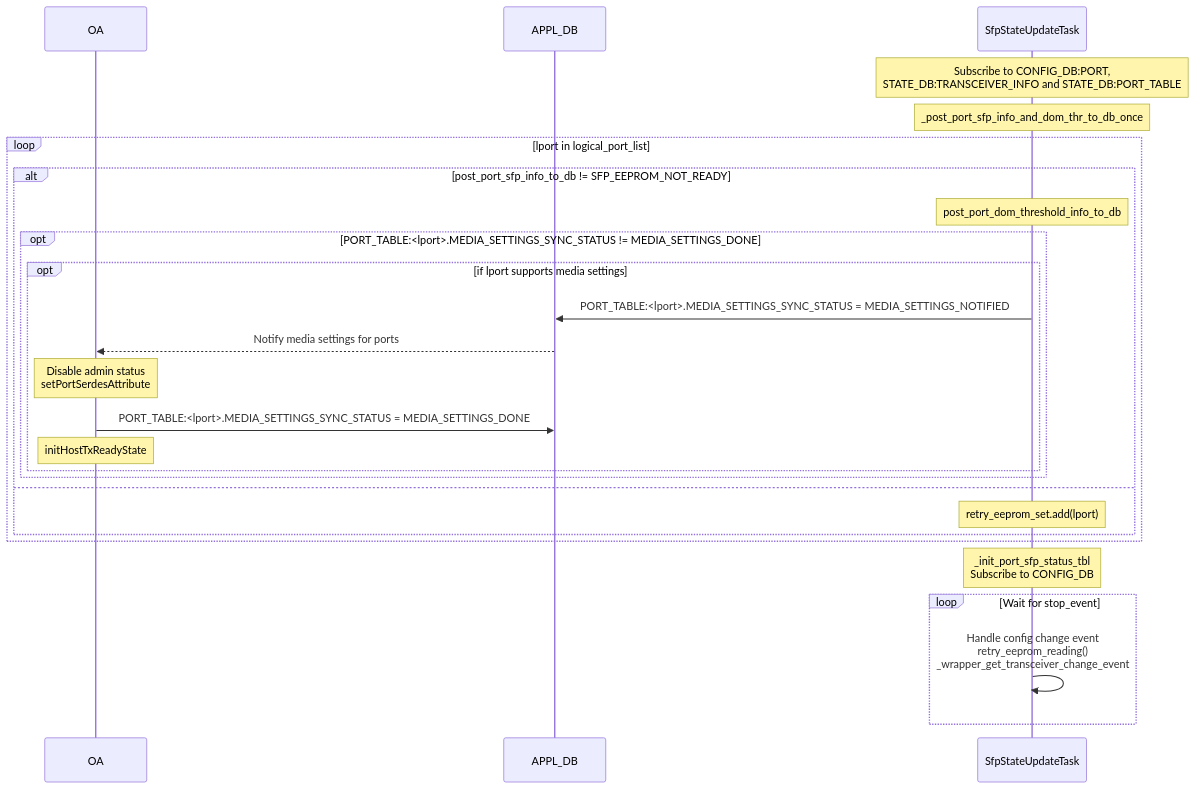
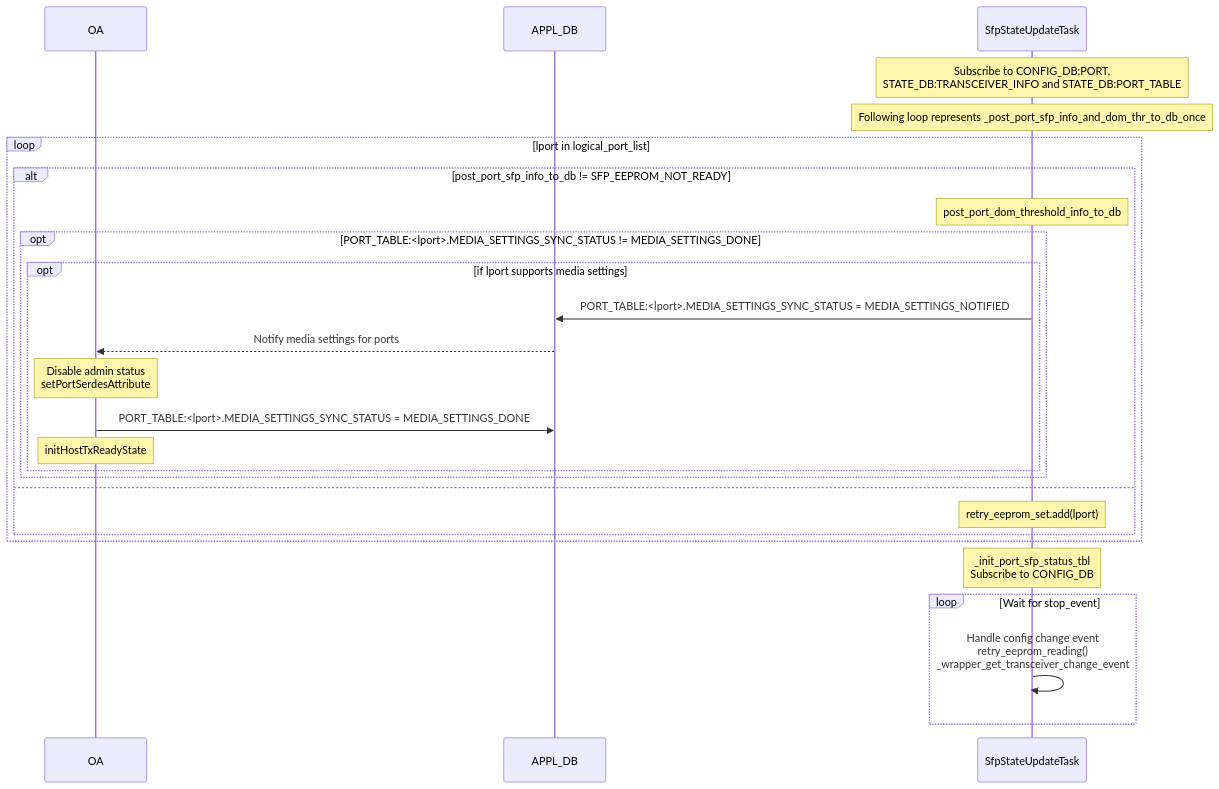
Before and after one commit to sonic-net/SONiC: the second of 5 diagrams in doc/sfp-cmis/Interface-Link-bring-up-sequence.md, drawn with Mermaid. The commit also changed other lines of this file, not shown here.

````diff
--- a/doc/sfp-cmis/Interface-Link-bring-up-sequence.md
+++ b/doc/sfp-cmis/Interface-Link-bring-up-sequence.md
@@ -266,29 +272,29 @@
 ```mermaid
 sequenceDiagram
     participant OA
     participant APPL_DB
     participant SfpStateUpdateTask
 
     Note over SfpStateUpdateTask: Subscribe to CONFIG_DB:PORT,<br>STATE_DB:TRANSCEIVER_INFO and STATE_DB:PORT_TABLE
-    Note over SfpStateUpdateTask: _post_port_sfp_info_and_dom_thr_to_db_once
+    Note over SfpStateUpdateTask: Following loop represents _post_port_sfp_info_and_dom_thr_to_db_once
     loop lport in logical_port_list
         alt post_port_sfp_info_to_db != SFP_EEPROM_NOT_READY
              Note over SfpStateUpdateTask: post_port_dom_threshold_info_to_db
             opt PORT_TABLE:<lport>.MEDIA_SETTINGS_SYNC_STATUS != MEDIA_SETTINGS_DONE
               opt if lport supports media settings
                   SfpStateUpdateTask ->> APPL_DB: PORT_TABLE:<lport>.MEDIA_SETTINGS_SYNC_STATUS = MEDIA_SETTINGS_NOTIFIED
                   APPL_DB -->> OA: Notify media settings for ports
                   Note over OA: Disable admin status<br>setPortSerdesAttribute
                   OA ->> APPL_DB: PORT_TABLE:<lport>.MEDIA_SETTINGS_SYNC_STATUS = MEDIA_SETTINGS_DONE
                   Note over OA: initHostTxReadyState
                 end
             end
         else
             Note over SfpStateUpdateTask: retry_eeprom_set.add(lport)
         end
     end
     Note over SfpStateUpdateTask: _init_port_sfp_status_tbl<br>Subscribe to CONFIG_DB
     loop Wait for stop_event
         SfpStateUpdateTask ->> SfpStateUpdateTask: Handle config change event<br>retry_eeprom_reading()<br>_wrapper_get_transceiver_change_event
     end
 ```
````
